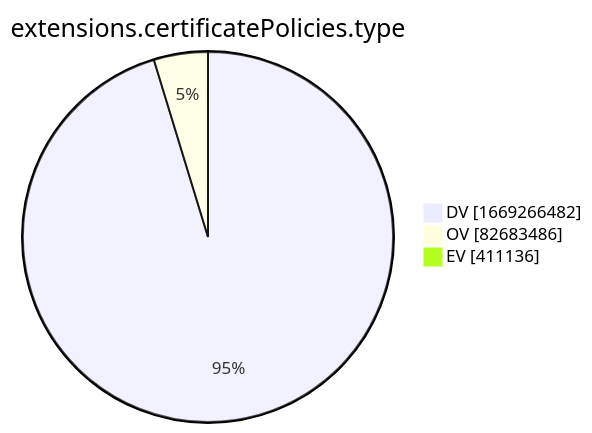
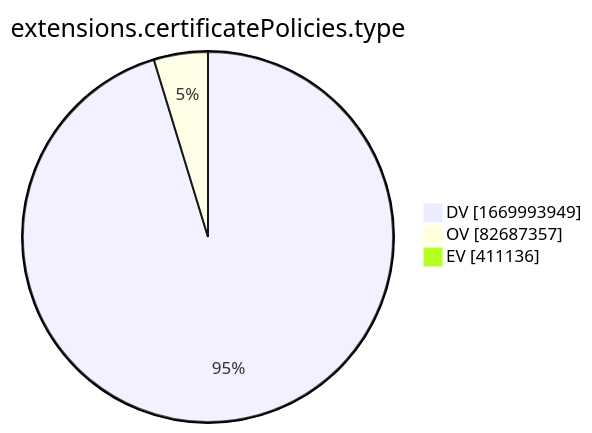
The tenth of 15 diagrams in xenon2022/README.md (christiankrug/ctmonitor_visualization), drawn with Mermaid before and after one commit. The commit also changed other lines of this file, not shown here.

````diff
--- a/xenon2022/README.md
+++ b/xenon2022/README.md
@@ -2880,7 +2880,7 @@
 ```mermaid
 pie showData
 title extensions.certificatePolicies.type
-"DV" :1669266482
-"OV" :82683486
+"DV" :1669993949
+"OV" :82687357
 "EV" :411136
 ```
````
